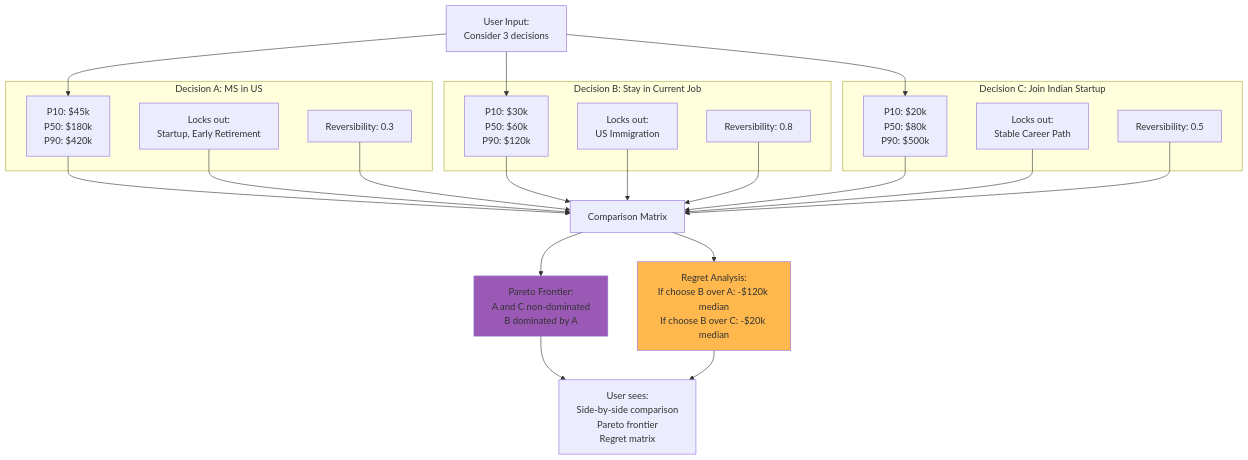
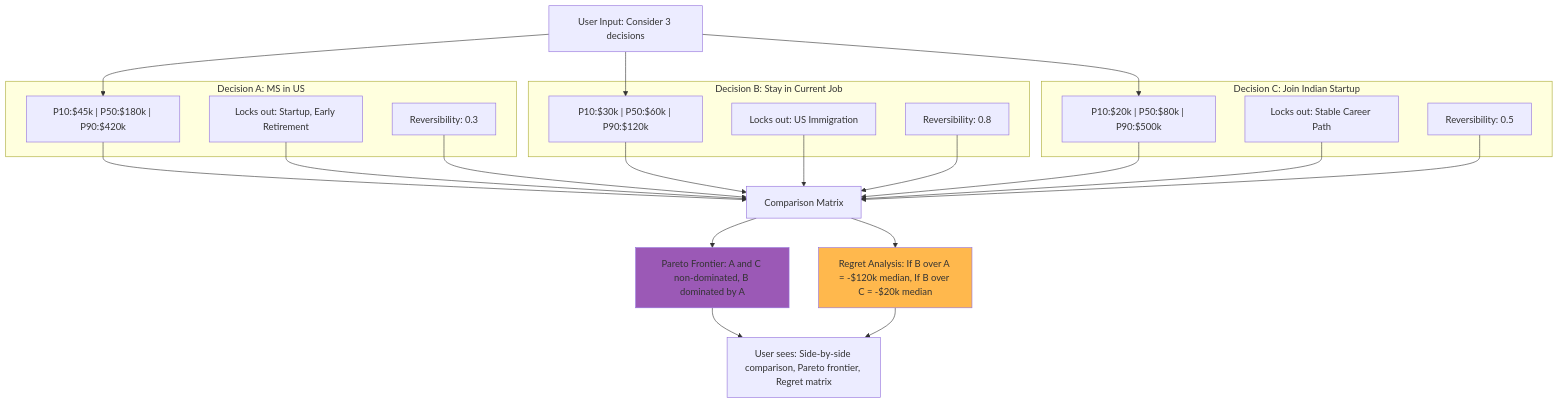
Before and after one commit to Nishant-coder-cpu/testing: diagram 18 of 20 in ldc_flowcharts.md, drawn with Mermaid. The commit also changed other lines of this file, not shown here.

````diff
--- a/ldc_flowcharts.md
+++ b/ldc_flowcharts.md
@@ -992,54 +986,54 @@
 ```mermaid
 graph TB
-    USER[User Input:<br/>Consider 3 decisions]
+    USER["User Input: Consider 3 decisions"]
     
     subgraph "Decision A: MS in US"
-        A_ENVELOPE[P10: $45k<br/>P50: $180k<br/>P90: $420k]
-        A_LOCK[Locks out:<br/>Startup, Early Retirement]
-        A_REV[Reversibility: 0.3]
+        A_ENVELOPE["P10:$45k | P50:$180k | P90:$420k"]
+        A_LOCK["Locks out: Startup, Early Retirement"]
+        A_REV["Reversibility: 0.3"]
     end
     
     subgraph "Decision B: Stay in Current Job"
-        B_ENVELOPE[P10: $30k<br/>P50: $60k<br/>P90: $120k]
-        B_LOCK[Locks out:<br/>US Immigration]
-        B_REV[Reversibility: 0.8]
+        B_ENVELOPE["P10:$30k | P50:$60k | P90:$120k"]
+        B_LOCK["Locks out: US Immigration"]
+        B_REV["Reversibility: 0.8"]
     end
     
     subgraph "Decision C: Join Indian Startup"
-        C_ENVELOPE[P10: $20k<br/>P50: $80k<br/>P90: $500k]
-        C_LOCK[Locks out:<br/>Stable Career Path]
-        C_REV[Reversibility: 0.5]
+        C_ENVELOPE["P10:$20k | P50:$80k | P90:$500k"]
+        C_LOCK["Locks out: Stable Career Path"]
+        C_REV["Reversibility: 0.5"]
     end
     
     COMPARE[Comparison Matrix]
-    PARETO[Pareto Frontier:<br/>A and C non-dominated<br/>B dominated by A]
+    PARETO["Pareto Frontier: A and C non-dominated, B dominated by A"]
     
-    REGRET[Regret Analysis:<br/>If choose B over A: -$120k median<br/>If choose B over C: -$20k median]
+    REGRET["Regret Analysis: If B over A = -$120k median, If B over C = -$20k median"]
     
-    OUTPUT[User sees:<br/>Side-by-side comparison<br/>Pareto frontier<br/>Regret matrix]
+    OUTPUT["User sees: Side-by-side comparison, Pareto frontier, Regret matrix"]
     
     USER --> A_ENVELOPE
     USER --> B_ENVELOPE
     USER --> C_ENVELOPE
     
     A_ENVELOPE --> COMPARE
     B_ENVELOPE --> COMPARE
     C_ENVELOPE --> COMPARE
     
     A_LOCK --> COMPARE
     B_LOCK --> COMPARE
     C_LOCK --> COMPARE
     
     A_REV --> COMPARE
     B_REV --> COMPARE
     C_REV --> COMPARE
     
     COMPARE --> PARETO
     COMPARE --> REGRET
     
     PARETO --> OUTPUT
     REGRET --> OUTPUT
     
     style PARETO fill:#9B59B6
     style REGRET fill:#FFB84D
 ```
````
